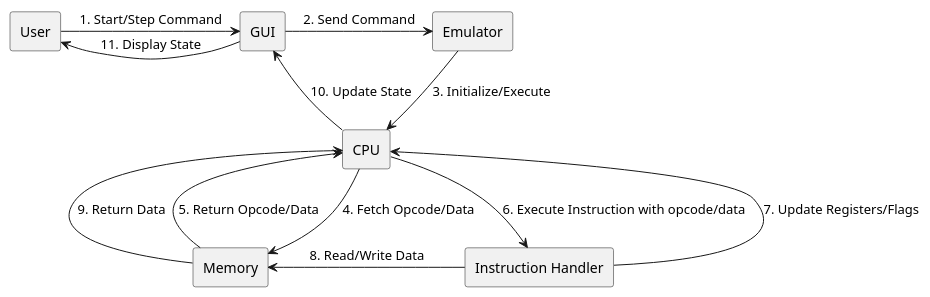
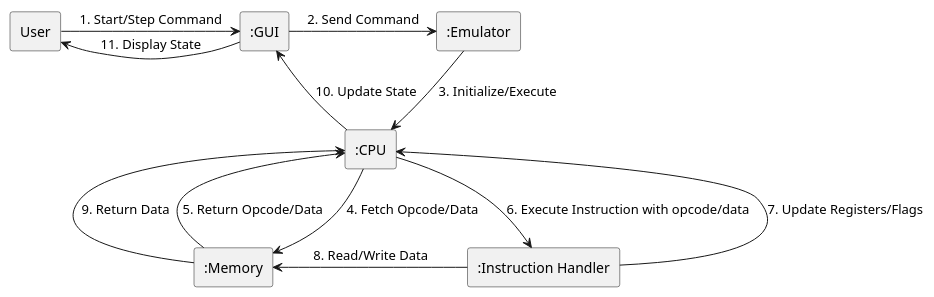
One commit to leonv01/CilogC80 changed the diagram in uml/interaction diagram/activity_diagram.wsd. Above: the diagram before and after it, drawn with PlantUML. The commit also changed 1 other file, not shown here.

Commit message:
-Activity diagram update

```diff
--- a/uml/interaction diagram/activity_diagram.wsd
+++ b/uml/interaction diagram/activity_diagram.wsd
@@ -1,23 +1,23 @@
 @startuml
 skinparam linestyle ortho
 
 rectangle "User" as user
-rectangle "GUI" as gui
-rectangle "Emulator" as emulator
-rectangle "CPU" as cpu
-rectangle "Memory" as memory
-rectangle "Instruction Handler" as instructionHandler
+rectangle ":GUI" as gui
+rectangle ":Emulator" as emulator
+rectangle ":CPU" as cpu
+rectangle ":Memory" as memory
+rectangle ":Instruction Handler" as instructionHandler
 
 user -right-> gui: 1. Start/Step Command
 gui -right-> emulator: 2. Send Command
 emulator -down-> cpu: 3. Initialize/Execute
 cpu -right-> memory: 4. Fetch Opcode/Data
 memory -down-> cpu: 5. Return Opcode/Data
 cpu -down-> instructionHandler: 6. Execute Instruction with opcode/data
 instructionHandler -up-> cpu: 7. Update Registers/Flags
 instructionHandler -left-> memory: 8. Read/Write Data
 memory -up-> cpu: 9. Return Data
 cpu -left-> gui: 10. Update State
 gui -left-> user: 11. Display State
 
 @enduml
```
